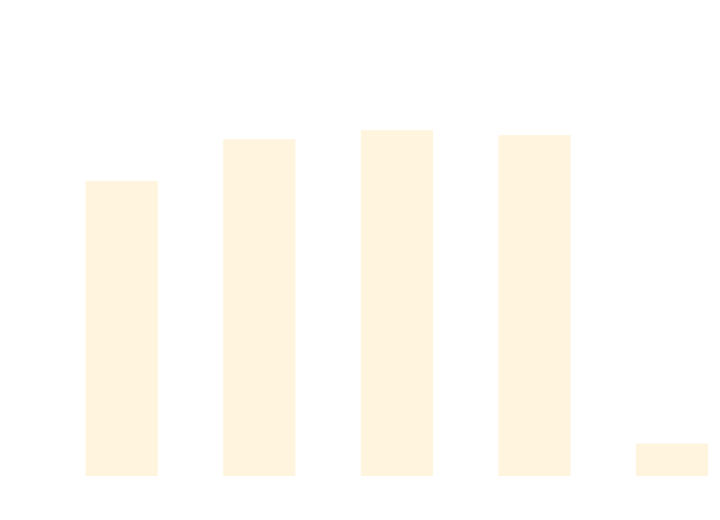
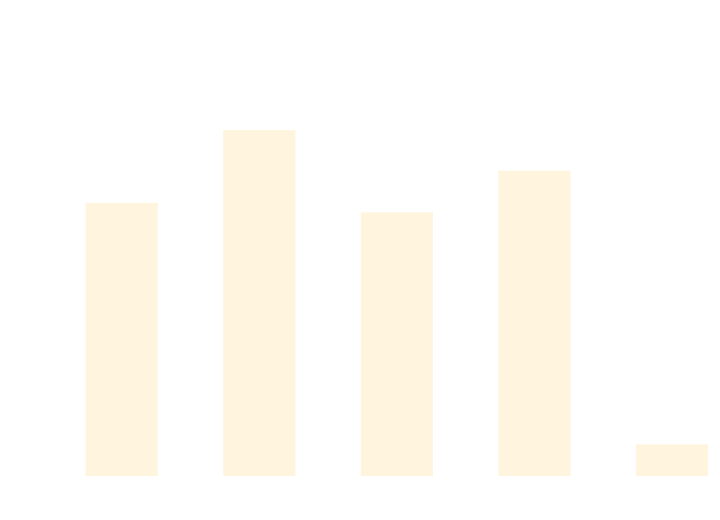
The diagram in docs/docs/benchmarks/ScaleTests.md (thomhurst/TUnit), drawn with Mermaid before and after one commit. The commit also changed other lines of this file and 17 other files, not shown here.

````diff
--- a/docs/docs/benchmarks/ScaleTests.md
+++ b/docs/docs/benchmarks/ScaleTests.md
@@ -27,37 +27,37 @@
 ```mermaid
 %%{init: {
   'theme':'base',
   'themeVariables': {
     'primaryColor': '#2563eb',
     'primaryTextColor': '#ffffff',
     'primaryBorderColor': '#1e40af',
     'lineColor': '#6b7280',
     'secondaryColor': '#7c3aed',
     'tertiaryColor': '#dc2626',
     'background': '#ffffff',
     'mainBkg': '#2563eb',
     'secondBkg': '#7c3aed',
     'tertiaryBkg': '#dc2626',
     'clusterBkg': '#f3f4f6',
     'edgeLabelBackground': '#ffffff',
     'tertiaryTextColor': '#1f2937',
     'pie1': '#2563eb',
     'pie2': '#7c3aed',
     'pie3': '#dc2626',
     'pie4': '#f59e0b',
     'pie5': '#10b981',
     'pie6': '#06b6d4',
     'pie7': '#ec4899',
     'pie8': '#6366f1',
     'pie9': '#84cc16',
     'pie10': '#f97316',
     'pie11': '#14b8a6',
     'pie12': '#a855f7'
   }
 }}%%
 xychart-beta
   title "ScaleTests Performance Comparison"
   x-axis ["TUnit", "NUnit", "MSTest", "xUnit3", "TUnit_AOT"]
-  y-axis "Time (ms)" 0 --> 724
-  bar [512.28, 587.13, 603.13, 594.15, 42.78]
+  y-axis "Time (ms)" 0 --> 803
+  bar [524.64, 668.92, 505.87, 588.42, 45.69]
 ```
````
